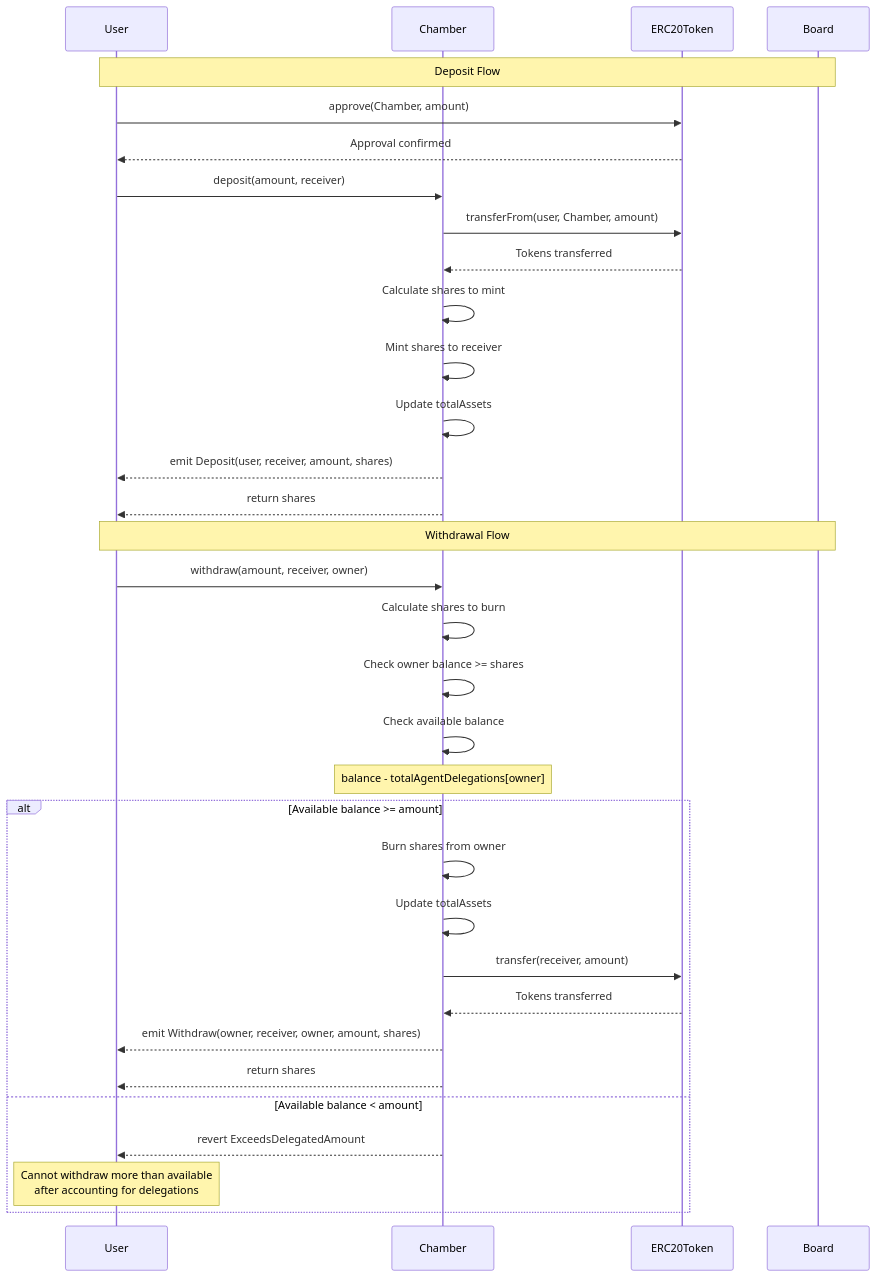
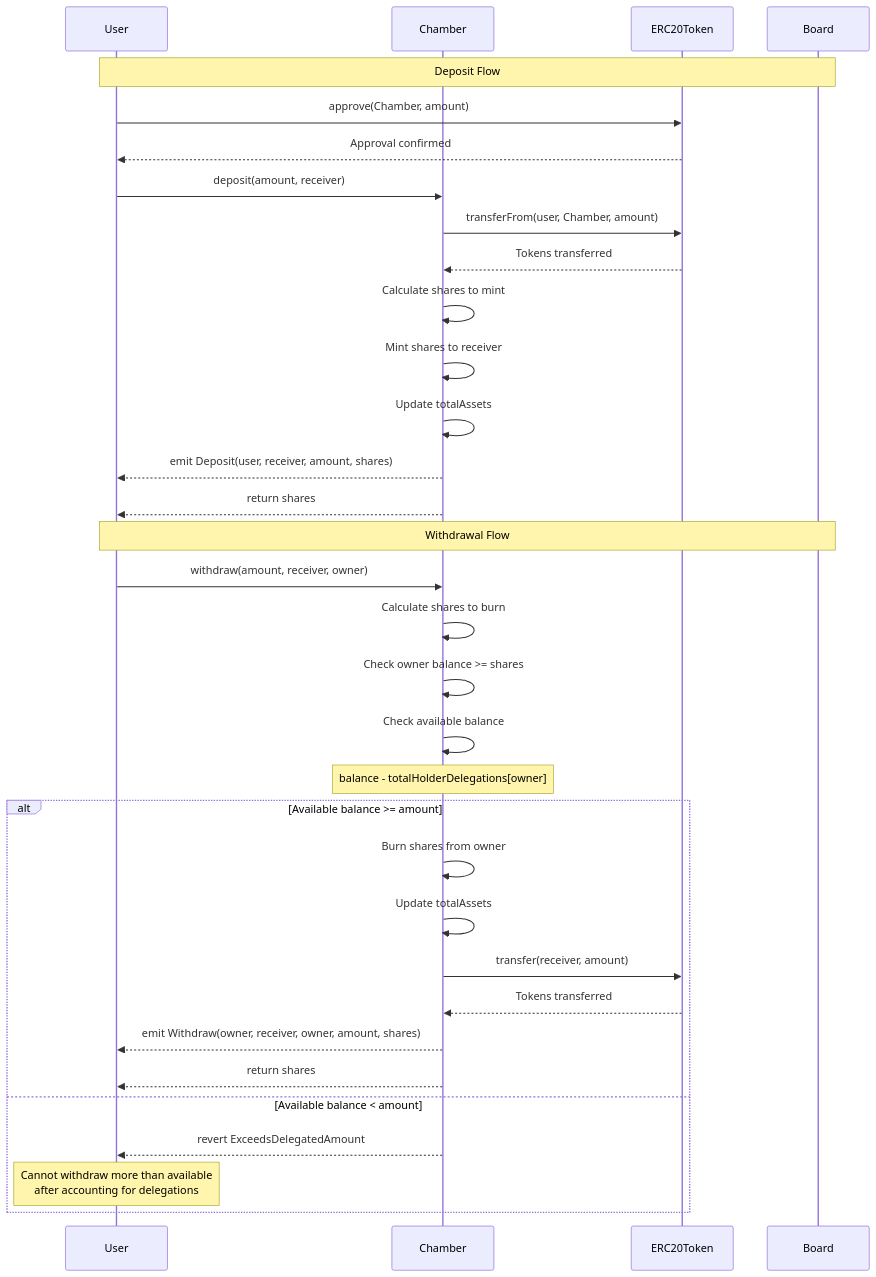
The ninth of 11 diagrams in app/src/docs/reference/sequence-diagrams.md (loreum-org/chamber), drawn with Mermaid before and after one commit. The commit also changed other lines of this file and 14 other files, not shown here.

````diff
--- a/app/src/docs/reference/sequence-diagrams.md
+++ b/app/src/docs/reference/sequence-diagrams.md
@@ -519,48 +513,48 @@
 ```mermaid
 sequenceDiagram
     participant User
     participant Chamber
     participant ERC20Token
     participant Board
 
     Note over User,Board: Deposit Flow
 
     User->>ERC20Token: approve(Chamber, amount)
     ERC20Token-->>User: Approval confirmed
     
     User->>Chamber: deposit(amount, receiver)
     
     Chamber->>ERC20Token: transferFrom(user, Chamber, amount)
     ERC20Token-->>Chamber: Tokens transferred
     
     Chamber->>Chamber: Calculate shares to mint
     Chamber->>Chamber: Mint shares to receiver
     Chamber->>Chamber: Update totalAssets
     
     Chamber-->>User: emit Deposit(user, receiver, amount, shares)
     Chamber-->>User: return shares
 
     Note over User,Board: Withdrawal Flow
 
     User->>Chamber: withdraw(amount, receiver, owner)
     
     Chamber->>Chamber: Calculate shares to burn
     Chamber->>Chamber: Check owner balance >= shares
     
     Chamber->>Chamber: Check available balance
-    Note over Chamber: balance - totalAgentDelegations[owner]
+    Note over Chamber: balance - totalHolderDelegations[owner]
     
     alt Available balance >= amount
         Chamber->>Chamber: Burn shares from owner
         Chamber->>Chamber: Update totalAssets
         
         Chamber->>ERC20Token: transfer(receiver, amount)
         ERC20Token-->>Chamber: Tokens transferred
         
         Chamber-->>User: emit Withdraw(owner, receiver, owner, amount, shares)
         Chamber-->>User: return shares
     else Available balance < amount
         Chamber-->>User: revert ExceedsDelegatedAmount
         Note over User: Cannot withdraw more than available<br/>after accounting for delegations
     end
 ```
````
